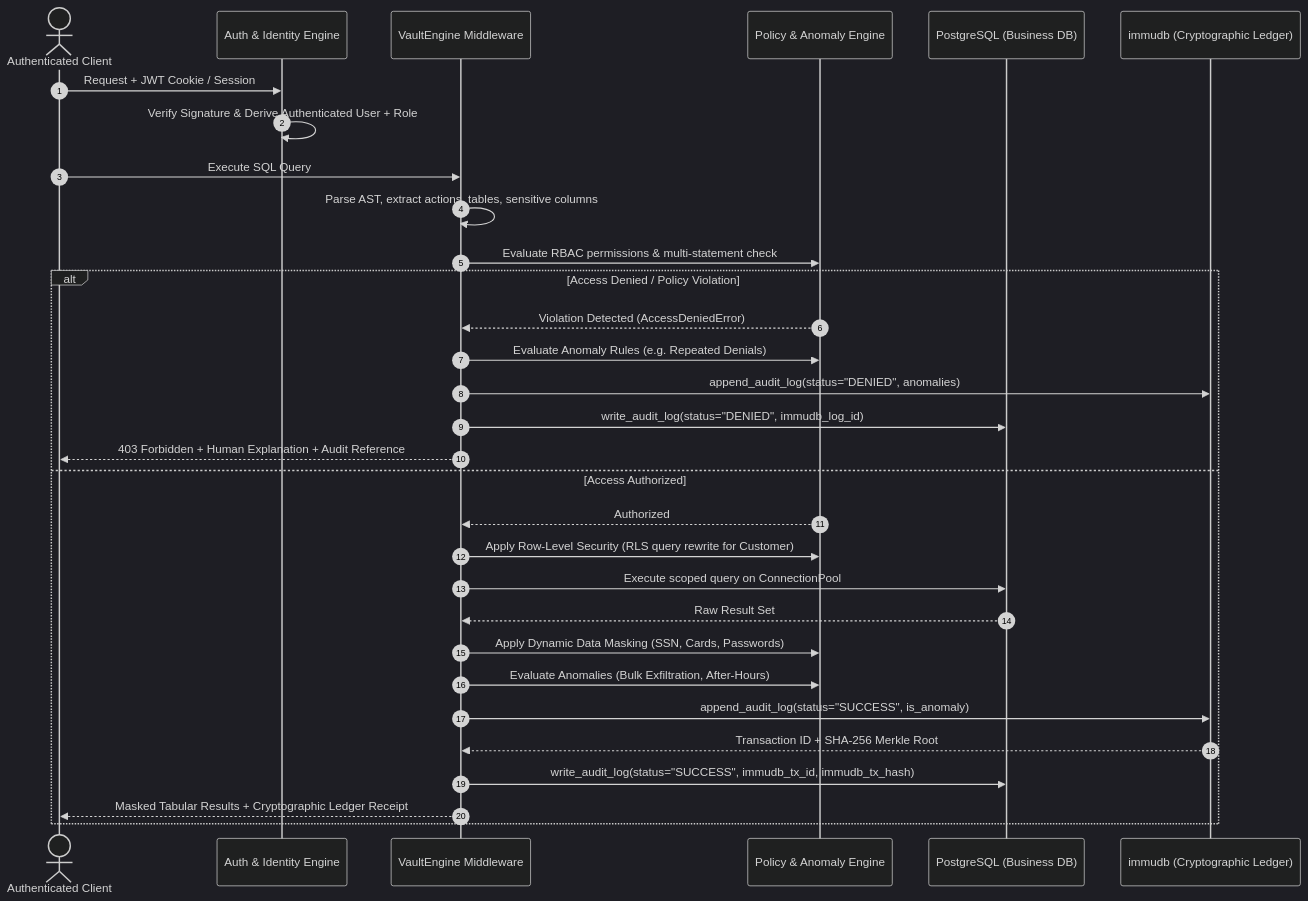
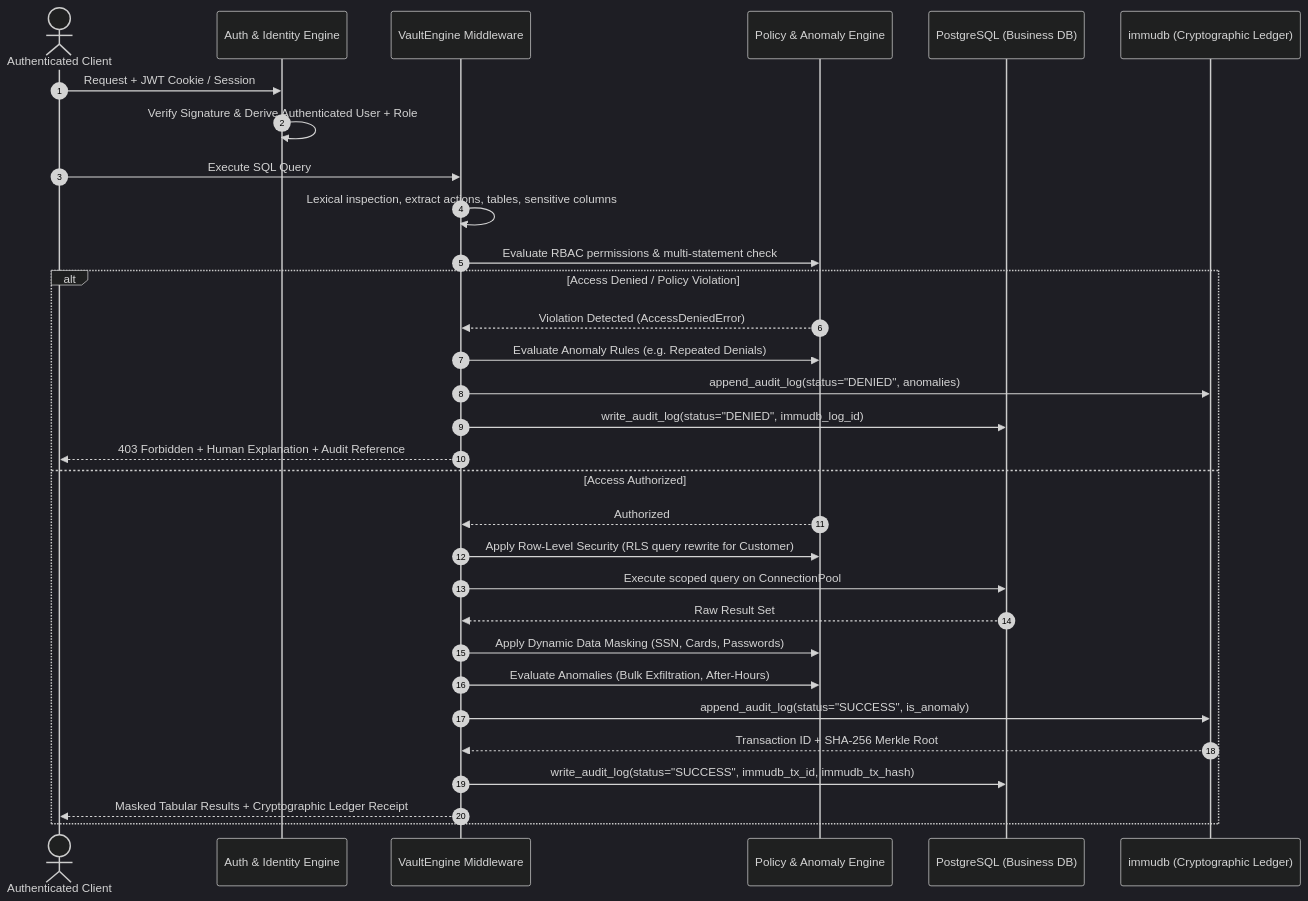
The third of 3 diagrams in README.md (Sejal-hani/Vault_DB), drawn with Mermaid (dark theme) before and after one commit. The commit also changed other lines of this file and 1 other file, not shown here.

Commit message:
docs & test: clarify parser architecture & Merkle tree balancing, add offline tamper/truncation verification tests

````diff
--- a/README.md
+++ b/README.md
@@ -202,35 +220,35 @@
 ```mermaid
 sequenceDiagram
     autonumber
     actor Client as Authenticated Client
     participant Auth as Auth & Identity Engine
     participant Engine as VaultEngine Middleware
     participant Policy as Policy & Anomaly Engine
     participant PG as PostgreSQL (Business DB)
     participant Immu as immudb (Cryptographic Ledger)
 
     Client->>Auth: Request + JWT Cookie / Session
     Auth->>Auth: Verify Signature & Derive Authenticated User + Role
     Client->>Engine: Execute SQL Query
-    Engine->>Engine: Parse AST, extract actions, tables, sensitive columns
+    Engine->>Engine: Lexical inspection, extract actions, tables, sensitive columns
     Engine->>Policy: Evaluate RBAC permissions & multi-statement check
 
     alt Access Denied / Policy Violation
         Policy-->>Engine: Violation Detected (AccessDeniedError)
         Engine->>Policy: Evaluate Anomaly Rules (e.g. Repeated Denials)
         Engine->>Immu: append_audit_log(status="DENIED", anomalies)
         Engine->>PG: write_audit_log(status="DENIED", immudb_log_id)
         Engine-->>Client: 403 Forbidden + Human Explanation + Audit Reference
     else Access Authorized
         Policy-->>Engine: Authorized
         Engine->>Policy: Apply Row-Level Security (RLS query rewrite for Customer)
         Engine->>PG: Execute scoped query on ConnectionPool
         PG-->>Engine: Raw Result Set
         Engine->>Policy: Apply Dynamic Data Masking (SSN, Cards, Passwords)
         Engine->>Policy: Evaluate Anomalies (Bulk Exfiltration, After-Hours)
         Engine->>Immu: append_audit_log(status="SUCCESS", is_anomaly)
         Immu-->>Engine: Transaction ID + SHA-256 Merkle Root
         Engine->>PG: write_audit_log(status="SUCCESS", immudb_tx_id, immudb_tx_hash)
         Engine-->>Client: Masked Tabular Results + Cryptographic Ledger Receipt
     end
 ```
````
